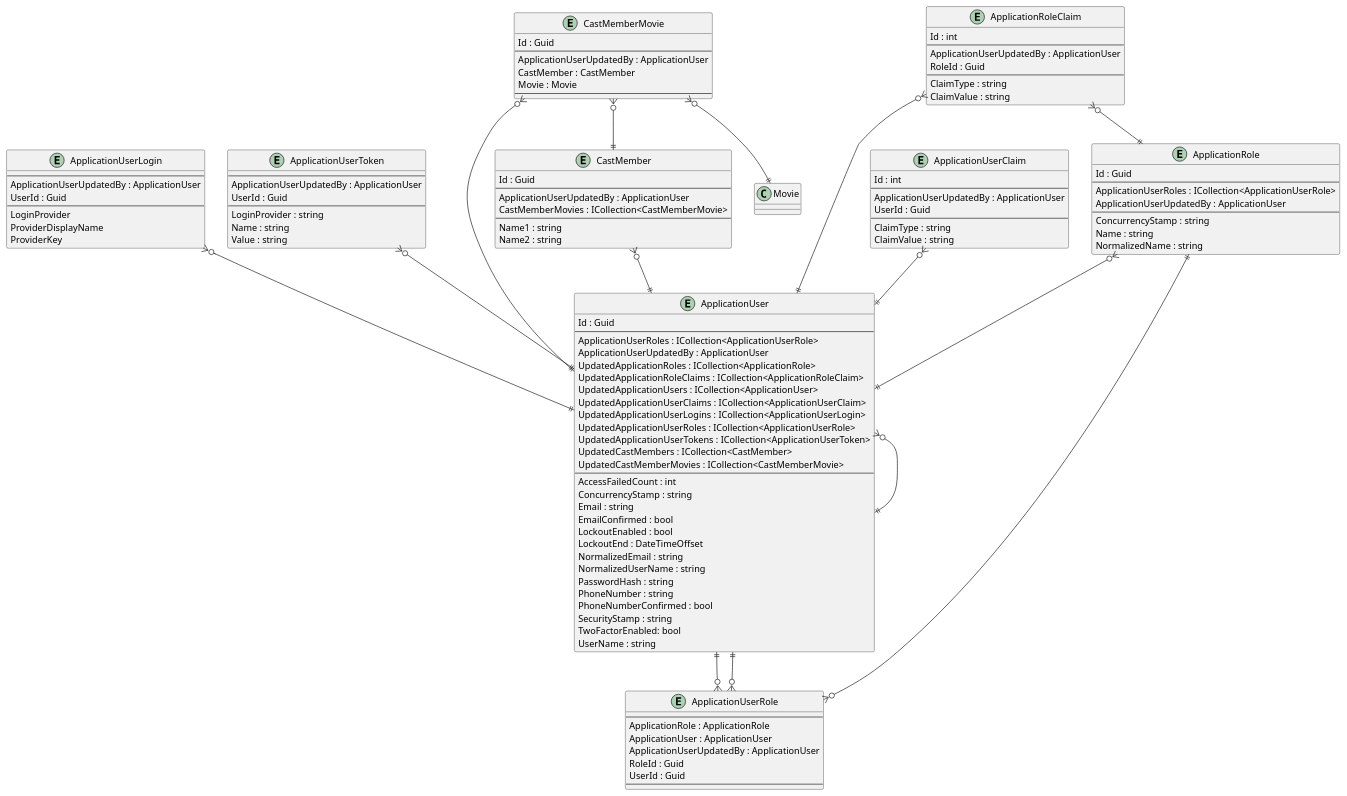
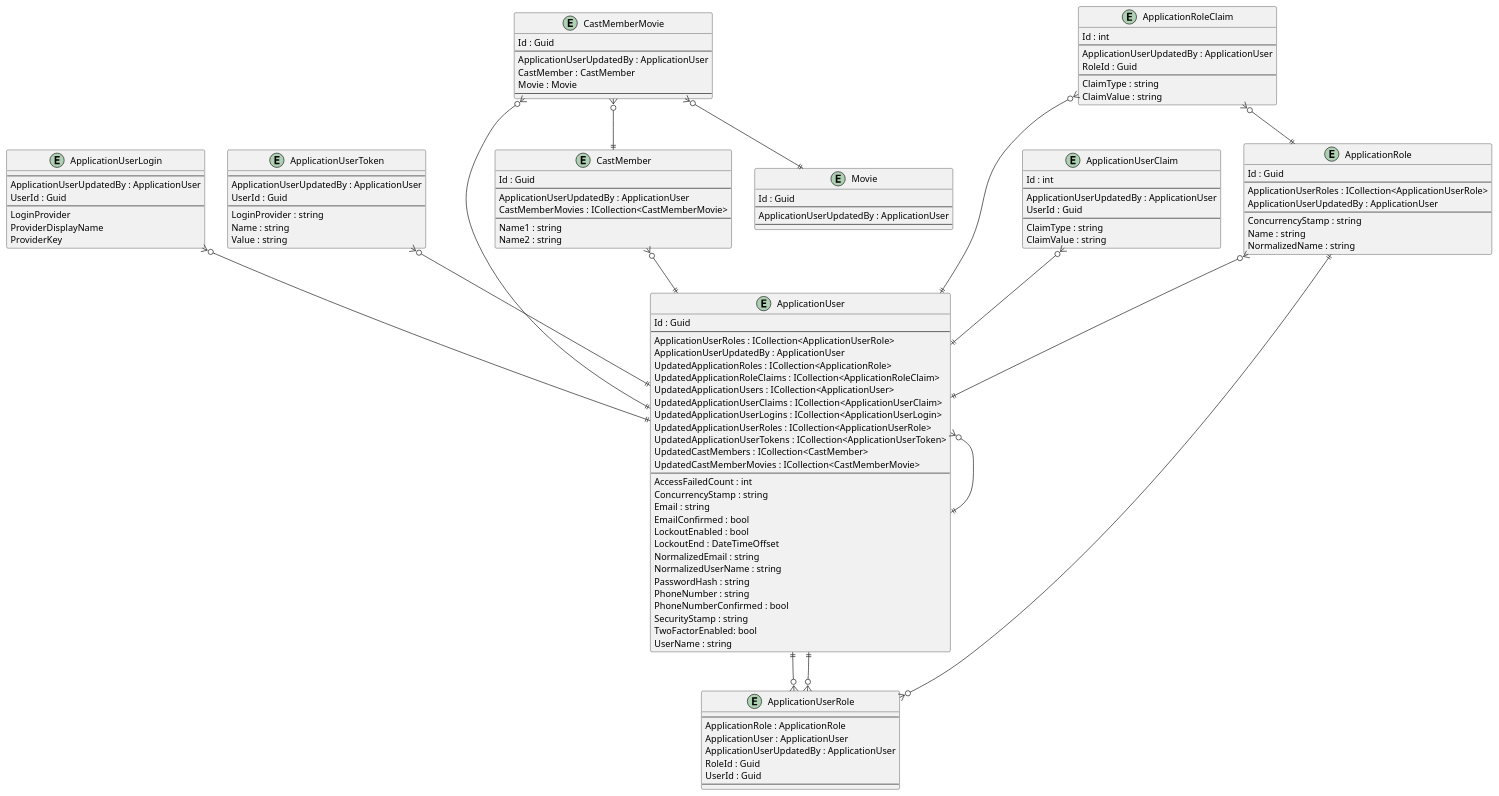
Before and after one commit to intrepion/BlazorWebAppMovies: the diagram in .docs/BlazorWebAppMovies.pu, drawn with PlantUML.

Commit message:
gawk -i inplace "{ gsub(/' EntityCodePlaceholder/, \"entity Movie {\n\ \ \ \ Id : Guid\n\ \ \ \ --\n\ \ \ \ ApplicationUserUpdatedBy : ApplicationUser\n\ \ \ \ ' MovieKeyCodePlaceholder\n\ \ \ \ --\n\ \ \ \ ' MoviePropertyCodePlaceholder\n}\n\n' EntityCodePlaceholder\") }; { print }" .docs/BlazorWebAppMovies.pu

```diff
--- a/.docs/BlazorWebAppMovies.pu
+++ b/.docs/BlazorWebAppMovies.pu
@@ -1,138 +1,147 @@
 @startuml
 
 entity ApplicationRole {
     Id : Guid
     --
     ApplicationUserRoles : ICollection<ApplicationUserRole>
     ApplicationUserUpdatedBy : ApplicationUser
     --
     ConcurrencyStamp : string
     Name : string
     NormalizedName : string
 }
 
 entity ApplicationRoleClaim {
     Id : int
     --
     ApplicationUserUpdatedBy : ApplicationUser
     RoleId : Guid
     --
     ClaimType : string
     ClaimValue : string
 }
 
 entity ApplicationUser {
     Id : Guid
     --
     ApplicationUserRoles : ICollection<ApplicationUserRole>
     ApplicationUserUpdatedBy : ApplicationUser
     UpdatedApplicationRoles : ICollection<ApplicationRole>
     UpdatedApplicationRoleClaims : ICollection<ApplicationRoleClaim>
     UpdatedApplicationUsers : ICollection<ApplicationUser>
     UpdatedApplicationUserClaims : ICollection<ApplicationUserClaim>
     UpdatedApplicationUserLogins : ICollection<ApplicationUserLogin>
     UpdatedApplicationUserRoles : ICollection<ApplicationUserRole>
     UpdatedApplicationUserTokens : ICollection<ApplicationUserToken>
     UpdatedCastMembers : ICollection<CastMember>
     UpdatedCastMemberMovies : ICollection<CastMemberMovie>
     ' ApplicationUserKeyCodePlaceholder
     --
     AccessFailedCount : int
     ConcurrencyStamp : string
     Email : string
     EmailConfirmed : bool
     LockoutEnabled : bool
     LockoutEnd : DateTimeOffset
     NormalizedEmail : string
     NormalizedUserName : string
     PasswordHash : string
     PhoneNumber : string
     PhoneNumberConfirmed : bool
     SecurityStamp : string
     TwoFactorEnabled: bool
     UserName : string
 }
 
 entity ApplicationUserClaim {
     Id : int
     --
     ApplicationUserUpdatedBy : ApplicationUser
     UserId : Guid
     --
     ClaimType : string
     ClaimValue : string
 }
 
 entity ApplicationUserLogin {
     --
     ApplicationUserUpdatedBy : ApplicationUser
     UserId : Guid
     --
     LoginProvider
     ProviderDisplayName
     ProviderKey
 }
 
 entity ApplicationUserRole {
     --
     ApplicationRole : ApplicationRole
     ApplicationUser : ApplicationUser
     ApplicationUserUpdatedBy : ApplicationUser
     RoleId : Guid
     UserId : Guid
     --
 }
 
 entity ApplicationUserToken {
     --
     ApplicationUserUpdatedBy : ApplicationUser
     UserId : Guid
     --
     LoginProvider : string
     Name : string
     Value : string
 }
 
 entity CastMember {
     Id : Guid
     --
     ApplicationUserUpdatedBy : ApplicationUser
     CastMemberMovies : ICollection<CastMemberMovie>
     ' CastMemberKeyCodePlaceholder
     --
     Name1 : string
     Name2 : string
     ' CastMemberPropertyCodePlaceholder
 }
 
 entity CastMemberMovie {
     Id : Guid
     --
     ApplicationUserUpdatedBy : ApplicationUser
     CastMember : CastMember
     Movie : Movie
     ' CastMemberMovieKeyCodePlaceholder
     --
     ' CastMemberMoviePropertyCodePlaceholder
 }
 
+entity Movie {
+    Id : Guid
+    --
+    ApplicationUserUpdatedBy : ApplicationUser
+    ' MovieKeyCodePlaceholder
+    --
+    ' MoviePropertyCodePlaceholder
+}
+
 ' EntityCodePlaceholder
 
 ApplicationRole ||--o{ ApplicationUserRole
 ApplicationRole }o--|| ApplicationUser
 ApplicationRoleClaim }o--|| ApplicationRole
 ApplicationRoleClaim }o--|| ApplicationUser
 ApplicationUser }o--|| ApplicationUser
 ApplicationUser ||--o{ ApplicationUserRole
 ApplicationUserClaim }o--|| ApplicationUser
 ApplicationUserLogin }o--|| ApplicationUser
 ApplicationUserRole }o--|| ApplicationUser
 ApplicationUserToken }o--|| ApplicationUser
 
 CastMember }o--|| ApplicationUser
 CastMemberMovie }o--|| ApplicationUser
 CastMemberMovie }o--|| CastMember
 CastMemberMovie }o--|| Movie
 ' RelationshipCodePlaceholder
 
 @enduml
```
